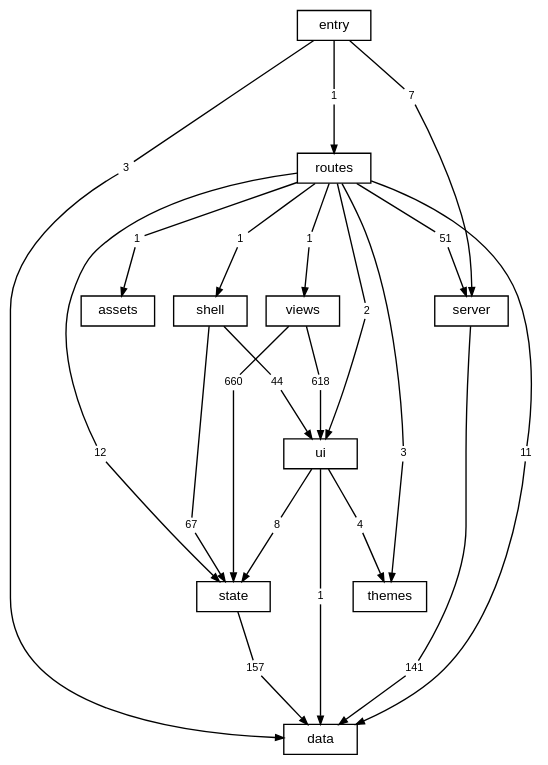
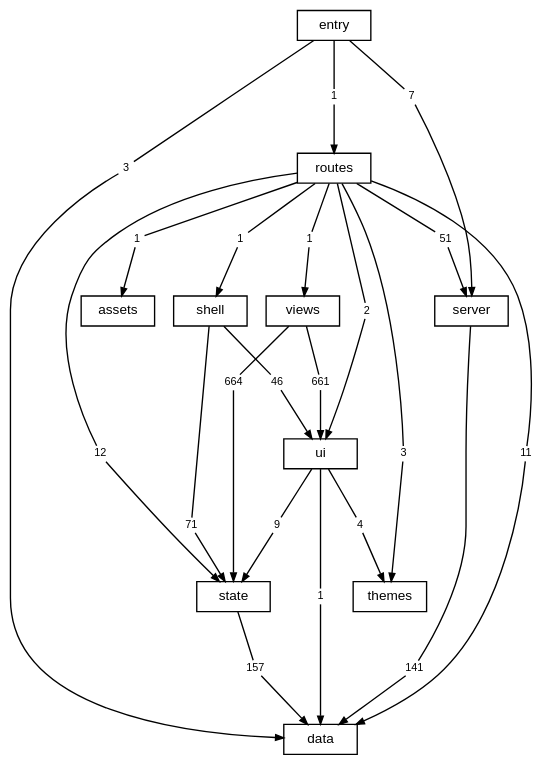
Before and after one commit to TheAxeC/oculus: the diagram in docs/diagrams/layers.dot, drawn with Graphviz. The commit also changed 299 other files, not shown here.

```diff
--- a/docs/diagrams/layers.dot
+++ b/docs/diagrams/layers.dot
@@ -1,75 +1,75 @@
 digraph layers {
     graph [bgcolor="transparent", rankdir=TB, newrank=true, fontname="Helvetica,Arial,sans-serif", fontsize=12, nodesep=0.2, ranksep=0.5];
     node [shape=box, color="black", fontcolor="black", fontname="Helvetica,Arial,sans-serif", fontsize=10, height=0.3, margin="0.12,0.04"];
     edge [color="black", fontcolor="black", fontname="Helvetica,Arial,sans-serif", fontsize=8, arrowsize=0.6];
     "data";
     "server";
     "state";
     "ui";
     "shell";
     "views";
     "themes";
     "routes";
     "src" [label="entry"];
     "files: assets" [label="assets"];
     "routes to data" [label="11", shape=box, color="transparent", fontsize=8, width=0, height=0, margin="0.04,0.02"];
     "routes" -> "routes to data" [arrowhead=none];
     "routes to data" -> "data" [];
     "routes to files: assets" [label="1", shape=box, color="transparent", fontsize=8, width=0, height=0, margin="0.04,0.02"];
     "routes" -> "routes to files: assets" [arrowhead=none];
     "routes to files: assets" -> "files: assets" [];
     "routes to server" [label="51", shape=box, color="transparent", fontsize=8, width=0, height=0, margin="0.04,0.02"];
     "routes" -> "routes to server" [arrowhead=none];
     "routes to server" -> "server" [];
     "routes to shell" [label="1", shape=box, color="transparent", fontsize=8, width=0, height=0, margin="0.04,0.02"];
     "routes" -> "routes to shell" [arrowhead=none];
     "routes to shell" -> "shell" [];
     "routes to state" [label="12", shape=box, color="transparent", fontsize=8, width=0, height=0, margin="0.04,0.02"];
     "routes" -> "routes to state" [arrowhead=none];
     "routes to state" -> "state" [];
     "routes to themes" [label="3", shape=box, color="transparent", fontsize=8, width=0, height=0, margin="0.04,0.02"];
     "routes" -> "routes to themes" [arrowhead=none];
     "routes to themes" -> "themes" [];
     "routes to ui" [label="2", shape=box, color="transparent", fontsize=8, width=0, height=0, margin="0.04,0.02"];
     "routes" -> "routes to ui" [arrowhead=none];
     "routes to ui" -> "ui" [];
     "routes to views" [label="1", shape=box, color="transparent", fontsize=8, width=0, height=0, margin="0.04,0.02"];
     "routes" -> "routes to views" [arrowhead=none];
     "routes to views" -> "views" [];
     "server to data" [label="141", shape=box, color="transparent", fontsize=8, width=0, height=0, margin="0.04,0.02"];
     "server" -> "server to data" [arrowhead=none];
     "server to data" -> "data" [];
-    "shell to state" [label="67", shape=box, color="transparent", fontsize=8, width=0, height=0, margin="0.04,0.02"];
+    "shell to state" [label="71", shape=box, color="transparent", fontsize=8, width=0, height=0, margin="0.04,0.02"];
     "shell" -> "shell to state" [arrowhead=none];
     "shell to state" -> "state" [];
-    "shell to ui" [label="44", shape=box, color="transparent", fontsize=8, width=0, height=0, margin="0.04,0.02"];
+    "shell to ui" [label="46", shape=box, color="transparent", fontsize=8, width=0, height=0, margin="0.04,0.02"];
     "shell" -> "shell to ui" [arrowhead=none];
     "shell to ui" -> "ui" [];
     "src to data" [label="3", shape=box, color="transparent", fontsize=8, width=0, height=0, margin="0.04,0.02"];
     "src" -> "src to data" [arrowhead=none];
     "src to data" -> "data" [];
     "src to routes" [label="1", shape=box, color="transparent", fontsize=8, width=0, height=0, margin="0.04,0.02"];
     "src" -> "src to routes" [arrowhead=none];
     "src to routes" -> "routes" [];
     "src to server" [label="7", shape=box, color="transparent", fontsize=8, width=0, height=0, margin="0.04,0.02"];
     "src" -> "src to server" [arrowhead=none];
     "src to server" -> "server" [];
     "state to data" [label="157", shape=box, color="transparent", fontsize=8, width=0, height=0, margin="0.04,0.02"];
     "state" -> "state to data" [arrowhead=none];
     "state to data" -> "data" [];
     "ui to data" [label="1", shape=box, color="transparent", fontsize=8, width=0, height=0, margin="0.04,0.02"];
     "ui" -> "ui to data" [arrowhead=none];
     "ui to data" -> "data" [];
-    "ui to state" [label="8", shape=box, color="transparent", fontsize=8, width=0, height=0, margin="0.04,0.02"];
+    "ui to state" [label="9", shape=box, color="transparent", fontsize=8, width=0, height=0, margin="0.04,0.02"];
     "ui" -> "ui to state" [arrowhead=none];
     "ui to state" -> "state" [];
     "ui to themes" [label="4", shape=box, color="transparent", fontsize=8, width=0, height=0, margin="0.04,0.02"];
     "ui" -> "ui to themes" [arrowhead=none];
     "ui to themes" -> "themes" [];
-    "views to state" [label="660", shape=box, color="transparent", fontsize=8, width=0, height=0, margin="0.04,0.02"];
+    "views to state" [label="664", shape=box, color="transparent", fontsize=8, width=0, height=0, margin="0.04,0.02"];
     "views" -> "views to state" [arrowhead=none];
     "views to state" -> "state" [];
-    "views to ui" [label="618", shape=box, color="transparent", fontsize=8, width=0, height=0, margin="0.04,0.02"];
+    "views to ui" [label="661", shape=box, color="transparent", fontsize=8, width=0, height=0, margin="0.04,0.02"];
     "views" -> "views to ui" [arrowhead=none];
     "views to ui" -> "ui" [];
 }
```
